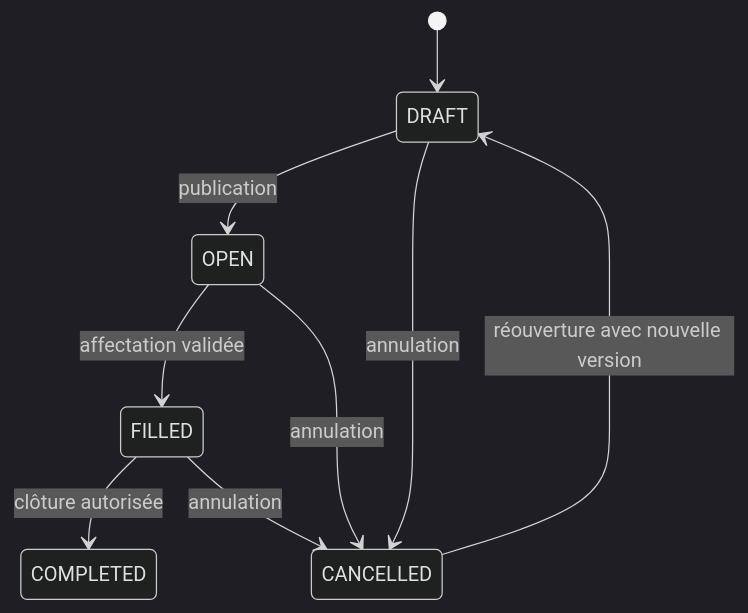
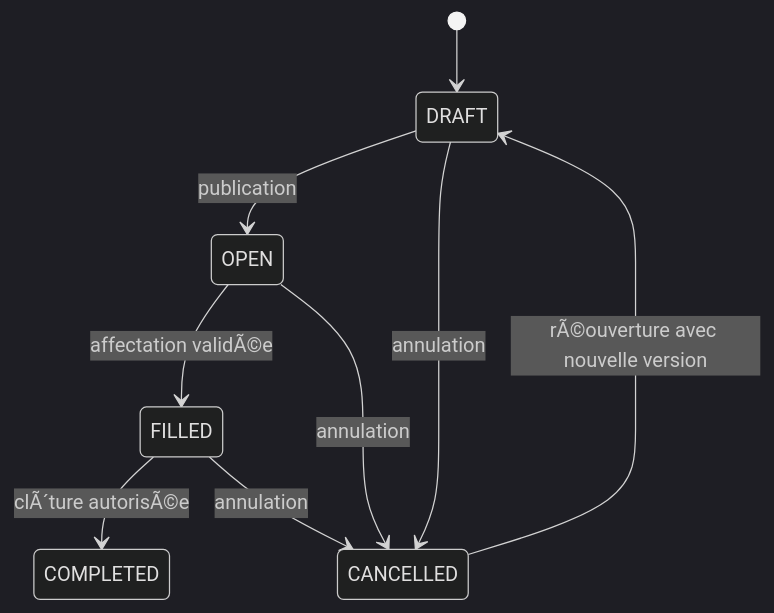
The fifth of 8 diagrams in docs/FLUX_V1.md (lebretyves/Backend_Interimatch), drawn with Mermaid (dark theme) before and after one commit. The commit also changed other lines of this file and 30 other files, not shown here.

````diff
--- a/docs/FLUX_V1.md
+++ b/docs/FLUX_V1.md
@@ -91,11 +91,11 @@
 ```mermaid
 stateDiagram-v2
     [*] --> DRAFT
     DRAFT --> OPEN: publication
-    OPEN --> FILLED: affectation validée
-    FILLED --> COMPLETED: clôture autorisée
+    OPEN --> FILLED: affectation validÃ©e
+    FILLED --> COMPLETED: clÃ´ture autorisÃ©e
     DRAFT --> CANCELLED: annulation
     OPEN --> CANCELLED: annulation
     FILLED --> CANCELLED: annulation
-    CANCELLED --> DRAFT: réouverture avec nouvelle version
+    CANCELLED --> DRAFT: rÃ©ouverture avec nouvelle version
 ```
````
